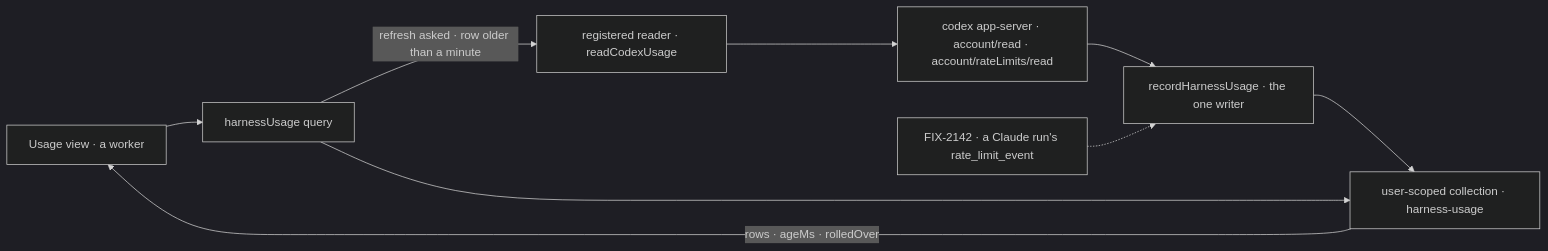
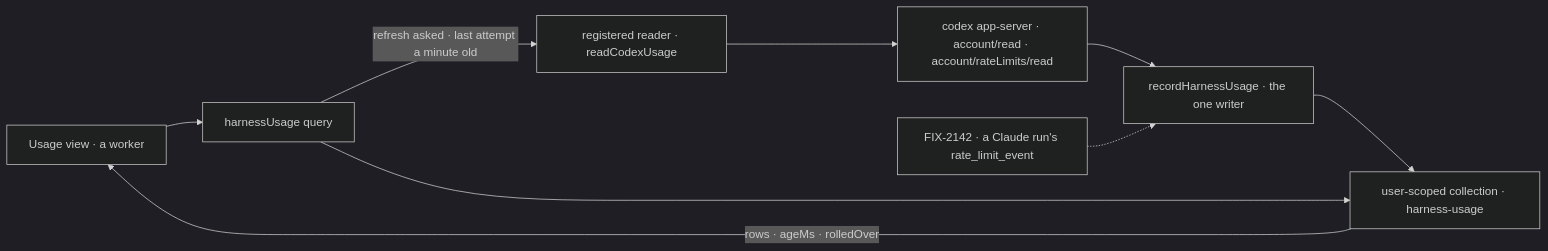
The second of 2 diagrams in specs/issues/FIX-2141/SPEC.md (fixpoint-labs/flow-state-dev), drawn with Mermaid (dark theme) before and after one commit. The commit also changed other lines of this file and 4 other files, not shown here.

````diff
--- a/specs/issues/FIX-2141/SPEC.md
+++ b/specs/issues/FIX-2141/SPEC.md
@@ -99,11 +103,11 @@
 ```mermaid
 flowchart LR
   V["Usage view · a worker"] --> Q["harnessUsage query"]
-  Q -->|"refresh asked · row older than a minute"| R["registered reader · readCodexUsage"]
+  Q -->|"refresh asked · last attempt a minute old"| R["registered reader · readCodexUsage"]
   R --> S["codex app-server · account/read · account/rateLimits/read"]
   S --> W["recordHarnessUsage · the one writer"]
   W --> C["user-scoped collection · harness-usage"]
   Q --> C
   C -->|"rows · ageMs · rolledOver"| V
   H["FIX-2142 · a Claude run's rate_limit_event"] -.-> W
 ```
````
